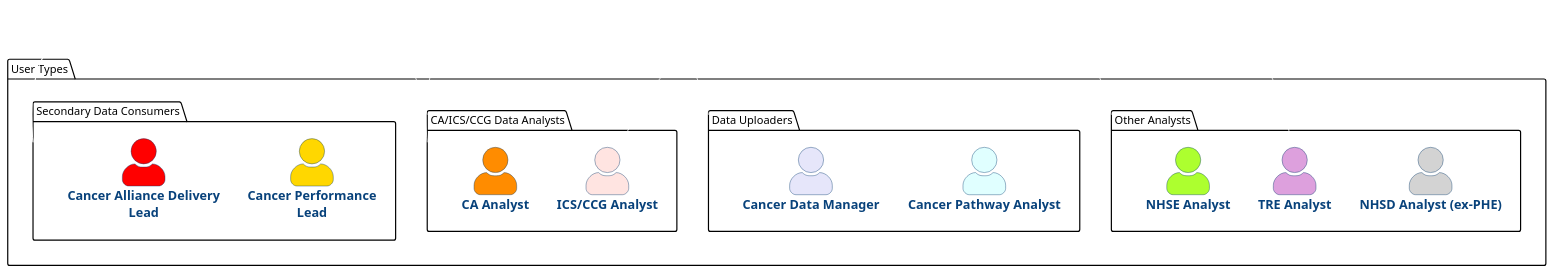
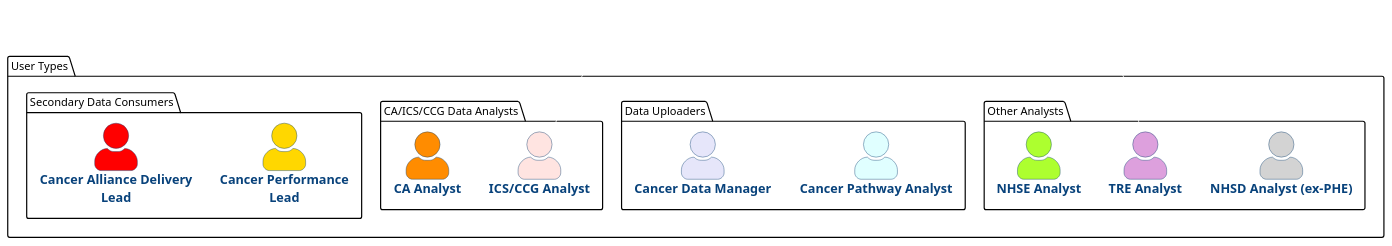
Before and after one commit to nhsx/dt-public: the diagram in CWT/Process/user-types.puml, drawn with PlantUML. The commit also changed 5 other files, not shown here.

Commit message:
Update file(s) "/." from "nhsx/dt-architecture"

```diff
--- a/CWT/Process/user-types.puml
+++ b/CWT/Process/user-types.puml
@@ -1,48 +1,48 @@
 @startuml cwt-user-types
 'left to right direction
 
 !include <C4/C4_Container>
 
 HIDE_STEREOTYPE()
 SHOW_PERSON_PORTRAIT()
 
 UpdateElementStyle(person, $fontColor="black")
 
 skinparam Shadowing false
 
 package "User Types" as ut {
 
 package "Other Analysts" as oa {
   Person("nhse.analyst", "NHSE Analyst", "") #GreenYellow 
   Person("tre.analyst", "TRE Analyst", "") #Plum
   Person("nhsd.analyst", "NHSD Analyst (ex-PHE)", "") #LightGrey
 }
 
 package "Data Uploaders" as du {
 
   Person("cancer.pathway.analyst", "Cancer Pathway Analyst", "") #LightCyan
   Person("cancer.data.manager", "Cancer Data Manager", "") #Lavender
 
 }
 
 package "CA/ICS/CCG Data Analysts" as da {
   Person("ca.analyst", "CA Analyst", "") #DarkOrange
   Person("ics.analyst", "ICS/CCG Analyst", "") #MistyRose   
 
   ca.analyst -[#hidden] ics.analyst
   ics.analyst -[#hidden] tre.analyst
   tre.analyst -[#hidden] nhsd.analyst
 }
 
 package "Secondary Data Consumers" as dc1 {
   Person("cancer.perf.lead", "Cancer Performance Lead", "") #Gold   
   Person("cancer.alliance.fd.lead", "Cancer Alliance Delivery Lead", "") #Red
 }
 
 }
 
-du -[#hidden] da
-da -[#hidden] dc1
-dc1 -[#hidden] oa
+'du -[#hidden] da
+'da -[#hidden] dc1
+'dc1 -[#hidden] oa
 
 @enduml
```
